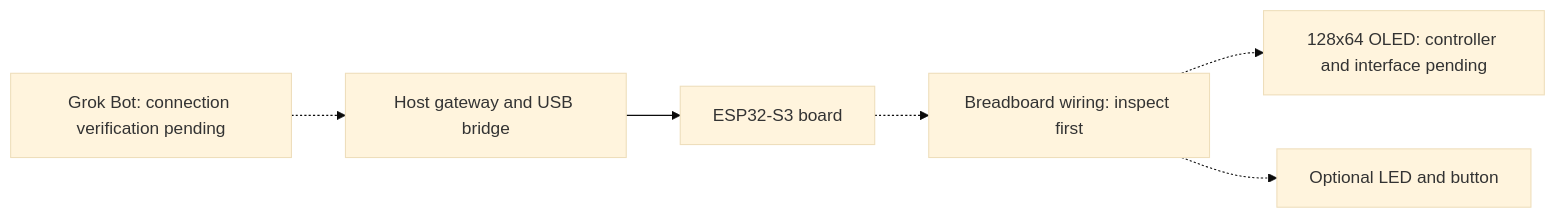
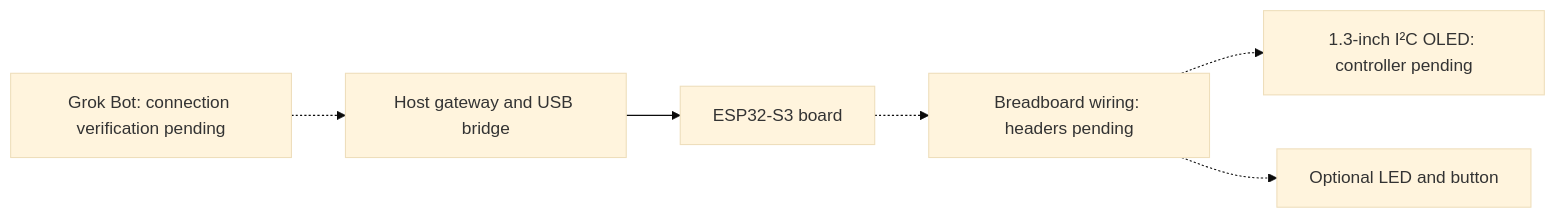
One commit to adidshaft/grok-gadgets changed the first of 2 diagrams in docs/getting-started/experiment-kit.md. Above: the diagram before and after it, drawn with Mermaid (base theme). The commit also changed other lines of this file and 8 other files, not shown here.

Commit message:
docs(HUB-HW-001): record inspected ESP32 OLED kit and wiring

````diff
--- a/docs/getting-started/experiment-kit.md
+++ b/docs/getting-started/experiment-kit.md
@@ -30,8 +33,8 @@
 ```mermaid
 flowchart LR
     G["Grok Bot: connection verification pending"] -.-> H["Host gateway and USB bridge"]
     H --> B["ESP32-S3 board"]
-    B -.-> W["Breadboard wiring: inspect first"]
-    W -.-> O["128x64 OLED: controller and interface pending"]
+    B -.-> W["Breadboard wiring: headers pending"]
+    W -.-> O["1.3-inch I²C OLED: controller pending"]
     W -.-> I["Optional LED and button"]
 ```
````
